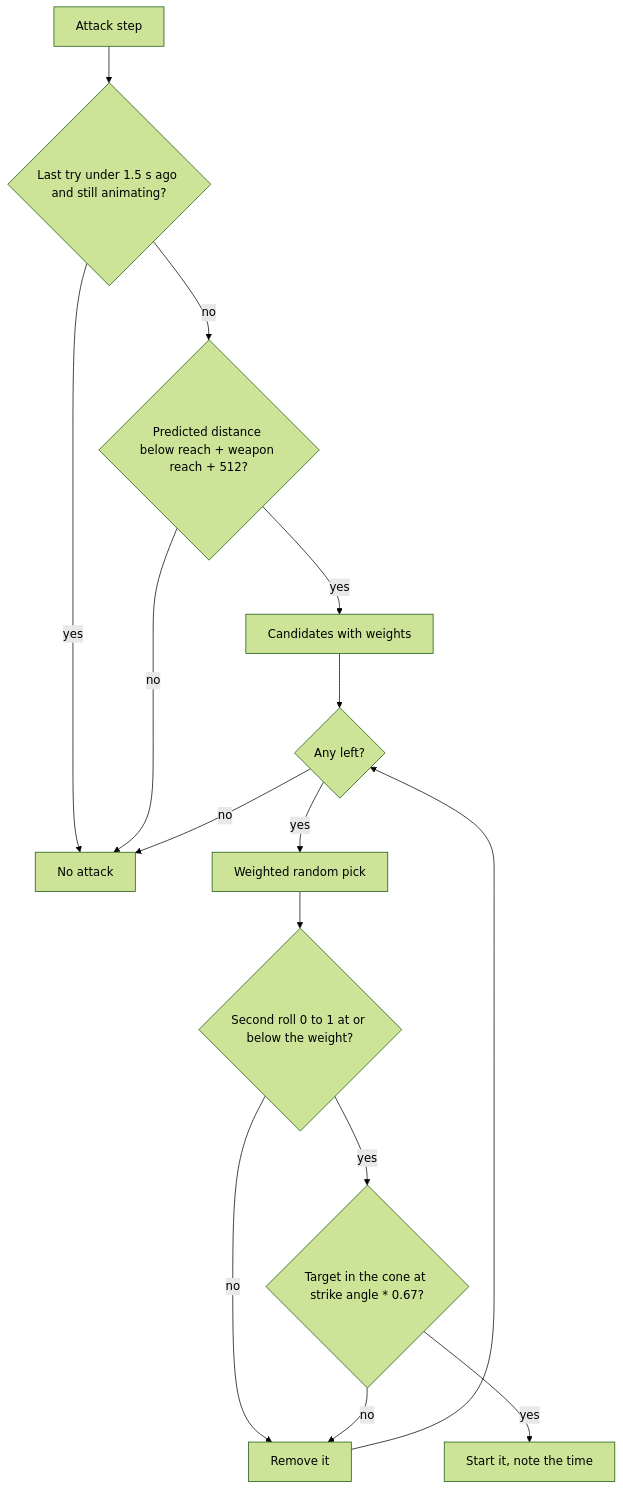
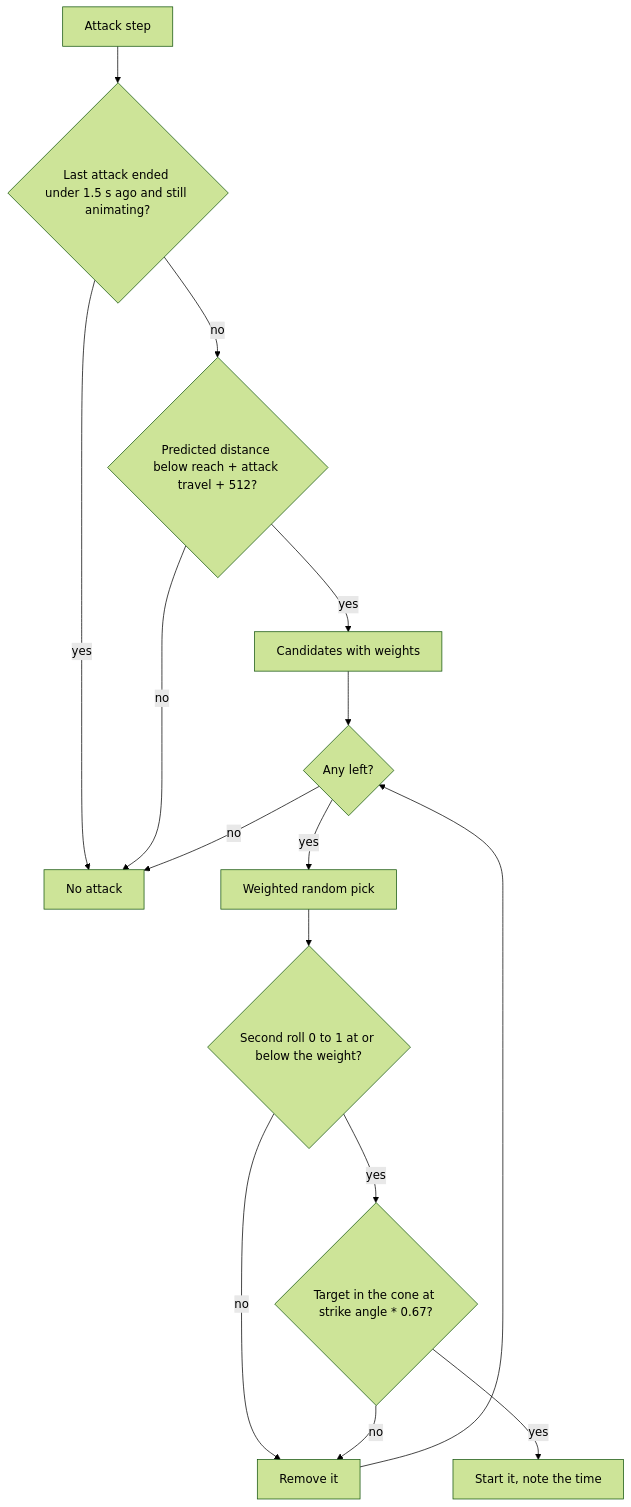
Before and after one commit to jjgroenendijk/opensky: the second of 2 diagrams in docs/engine/attack-data.md, drawn with Mermaid (forest theme). The commit also changed other lines of this file and 2 other files, not shown here.

````diff
--- a/docs/engine/attack-data.md
+++ b/docs/engine/attack-data.md
@@ -89,17 +107,17 @@
 ```mermaid
 flowchart TD
-    A["Attack step"] --> B{"Last try under 1.5 s ago and still animating?"}
+    A["Attack step"] --> B{"Last attack ended under 1.5 s ago and still animating?"}
     B -- yes --> Z["No attack"]
-    B -- no --> C{"Predicted distance below reach + weapon reach + 512?"}
+    B -- no --> C{"Predicted distance below reach + attack travel + 512?"}
     C -- no --> Z
     C -- yes --> D["Candidates with weights"]
     D --> E{"Any left?"}
     E -- no --> Z
     E -- yes --> F["Weighted random pick"]
     F --> G{"Second roll 0 to 1 at or below the weight?"}
     G -- no --> R["Remove it"]
     G -- yes --> H{"Target in the cone at strike angle * 0.67?"}
     H -- no --> R
     H -- yes --> S["Start it, note the time"]
     R --> E
 ```
````
